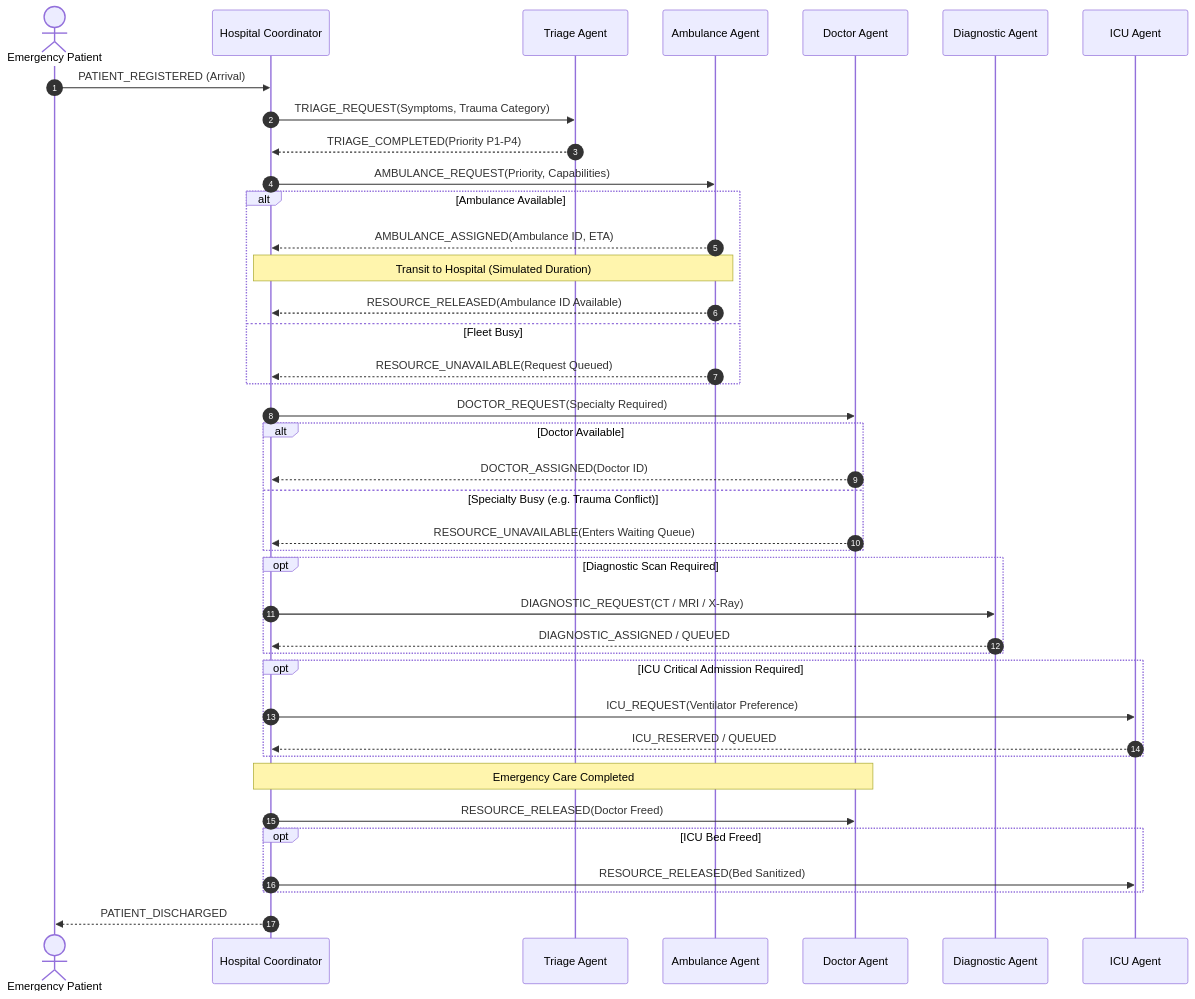
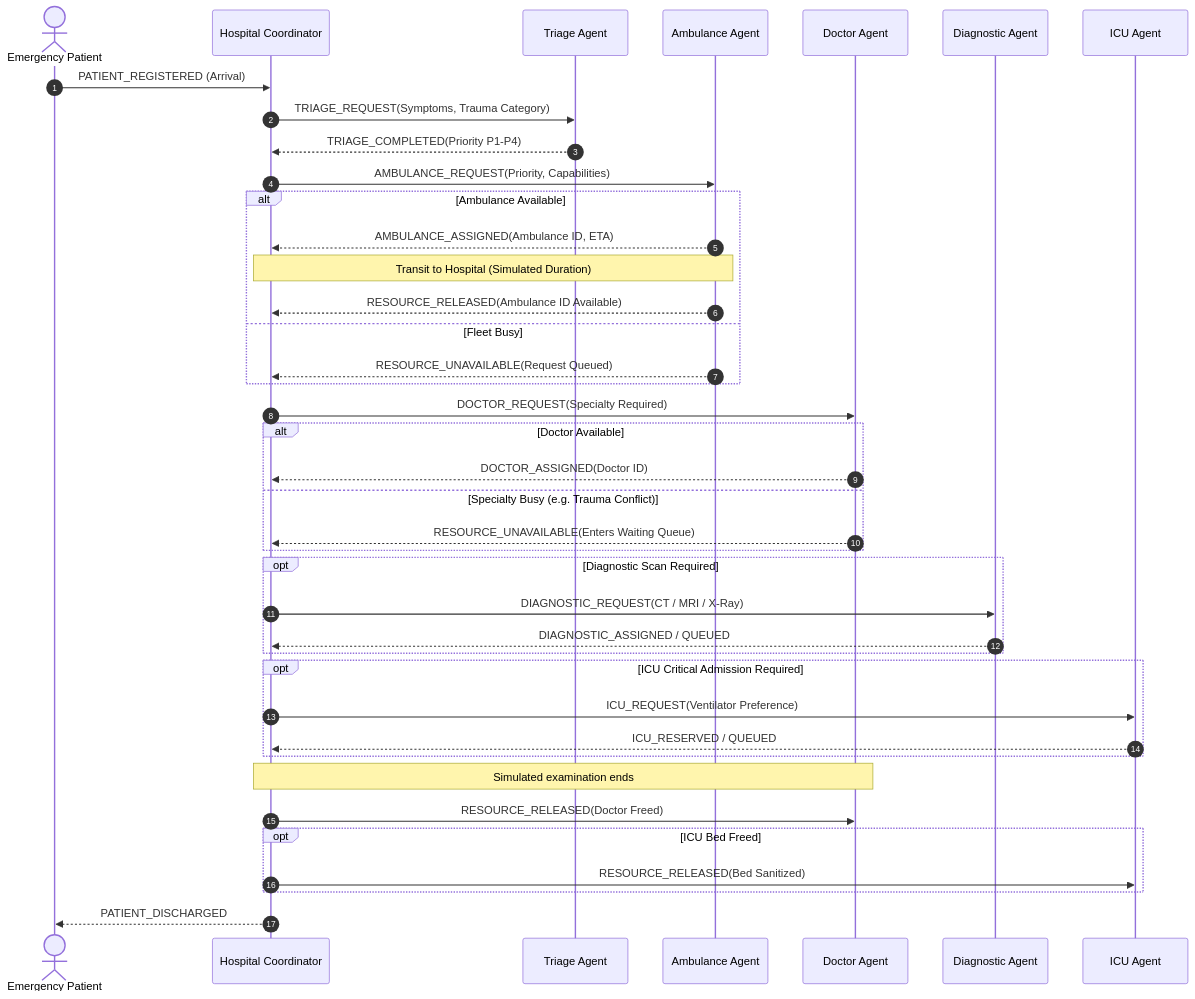
The second of 3 diagrams in docs/architecture.md (kmsv-2726/AEG-Hospital), drawn with Mermaid before and after one commit. The commit also changed other lines of this file and 47 other files, not shown here.

````diff
--- a/docs/architecture.md
+++ b/docs/architecture.md
@@ -41,43 +41,43 @@
 ```mermaid
 sequenceDiagram
     autonumber
     actor P as Emergency Patient
     participant HC as Hospital Coordinator
     participant TA as Triage Agent
     participant AA as Ambulance Agent
     participant DA as Doctor Agent
     participant DIA as Diagnostic Agent
     participant IA as ICU Agent
 
     P->>HC: PATIENT_REGISTERED (Arrival)
     HC->>TA: TRIAGE_REQUEST(Symptoms, Trauma Category)
     TA-->>HC: TRIAGE_COMPLETED(Priority P1-P4)
     HC->>AA: AMBULANCE_REQUEST(Priority, Capabilities)
     alt Ambulance Available
         AA-->>HC: AMBULANCE_ASSIGNED(Ambulance ID, ETA)
         Note over AA,HC: Transit to Hospital (Simulated Duration)
         AA-->>HC: RESOURCE_RELEASED(Ambulance ID Available)
     else Fleet Busy
         AA-->>HC: RESOURCE_UNAVAILABLE(Request Queued)
     end
     HC->>DA: DOCTOR_REQUEST(Specialty Required)
     alt Doctor Available
         DA-->>HC: DOCTOR_ASSIGNED(Doctor ID)
     else Specialty Busy (e.g. Trauma Conflict)
         DA-->>HC: RESOURCE_UNAVAILABLE(Enters Waiting Queue)
     end
     opt Diagnostic Scan Required
         HC->>DIA: DIAGNOSTIC_REQUEST(CT / MRI / X-Ray)
         DIA-->>HC: DIAGNOSTIC_ASSIGNED / QUEUED
     end
     opt ICU Critical Admission Required
         HC->>IA: ICU_REQUEST(Ventilator Preference)
         IA-->>HC: ICU_RESERVED / QUEUED
     end
-    Note over HC,DA: Emergency Care Completed
+    Note over HC,DA: Simulated examination ends
     HC->>DA: RESOURCE_RELEASED(Doctor Freed)
     opt ICU Bed Freed
         HC->>IA: RESOURCE_RELEASED(Bed Sanitized)
     end
     HC-->>P: PATIENT_DISCHARGED
 ```
````
